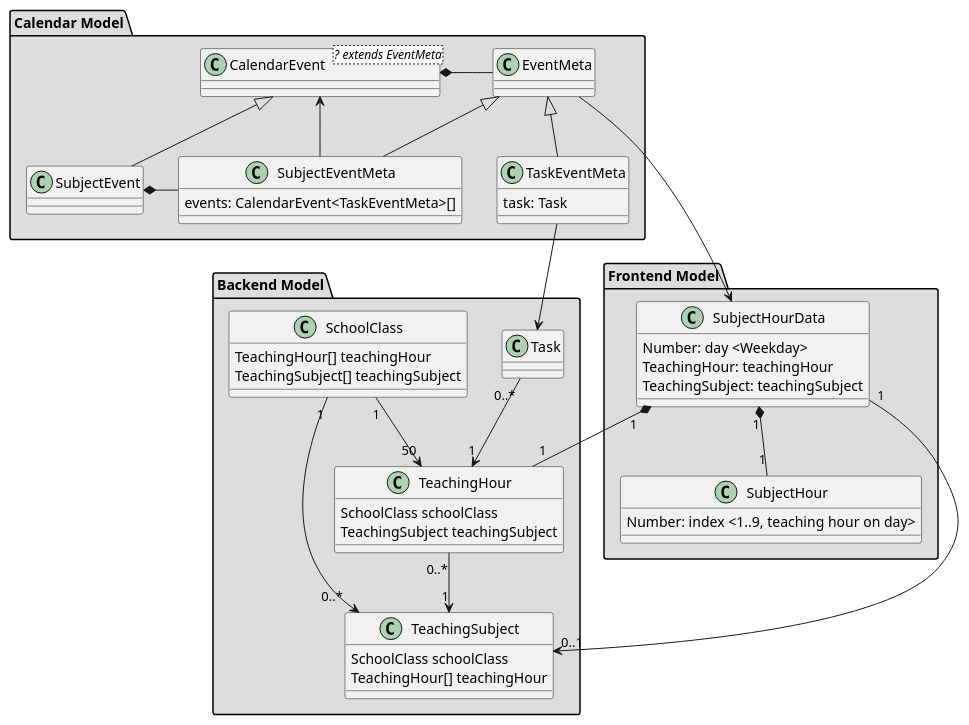
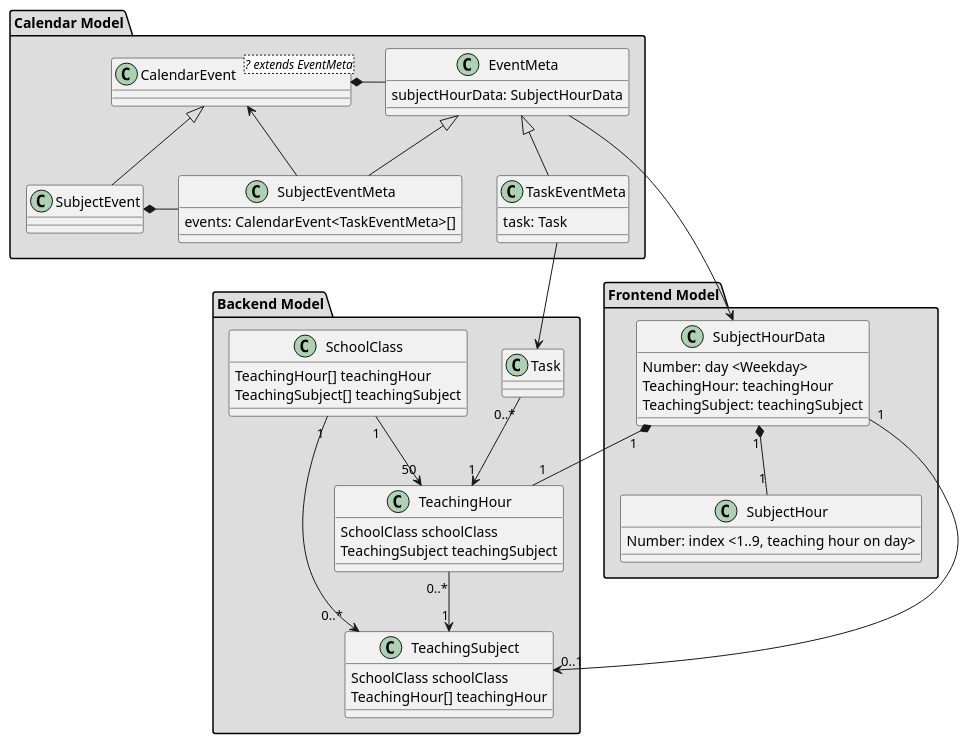
Before and after one commit to EnricoSchw/wiss3n: the diagram in doc/uml/calendar-events.puml, drawn with PlantUML. The commit also changed 6 other files, not shown here.

```diff
--- a/doc/uml/calendar-events.puml
+++ b/doc/uml/calendar-events.puml
@@ -1,73 +1,75 @@
 @startuml
 
 package "Backend Model" #DDDDDD {
 class SchoolClass {
     TeachingHour[] teachingHour
     TeachingSubject[] teachingSubject
 }
 
 class TeachingHour {
     SchoolClass schoolClass
     TeachingSubject teachingSubject
 }
 
 
 class TeachingSubject {
     SchoolClass schoolClass
     TeachingHour[] teachingHour
 }
 
 class Task
 
 SchoolClass "1" --> "50" TeachingHour
 SchoolClass "1" --> "0..*" TeachingSubject
 TeachingHour "0..*" --> "1" TeachingSubject
 Task "0..*" --> "1" TeachingHour
 }
 
 package "Frontend Model" #DDDDDD {
 class SubjectHourData {
     Number: day <Weekday>
     TeachingHour: teachingHour
     TeachingSubject: teachingSubject
 }
 class SubjectHour {
     Number: index <1..9, teaching hour on day>
 }
 
 SubjectHourData "1" *-- "1" SubjectHour
 SubjectHourData "1" *-- "1" TeachingHour
 
 SubjectHourData "1" --> "0..1"  TeachingSubject
 }
 
 package "Calendar Model" #DDDDDD {
 class CalendarEvent<? extends EventMeta>
-class EventMeta
+class EventMeta {
+    subjectHourData: SubjectHourData
+}
 class SubjectEventMeta {
     events: CalendarEvent<TaskEventMeta>[]
 }
 class TaskEventMeta {
     task: Task
 }
 
 CalendarEvent *- EventMeta
 SubjectEvent *- SubjectEventMeta
 
 
 class SubjectEvent {
 
 }
 
 
 EventMeta <|--  SubjectEventMeta
 EventMeta <|--  TaskEventMeta
 CalendarEvent <|-- SubjectEvent
 
 SubjectEventMeta --> CalendarEvent
 }
 
 TaskEventMeta --> Task
 
 EventMeta --> SubjectHourData
 @enduml
```
